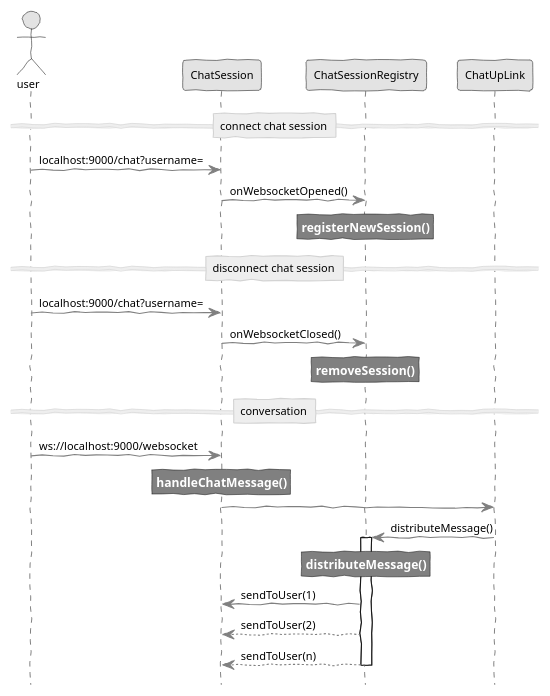
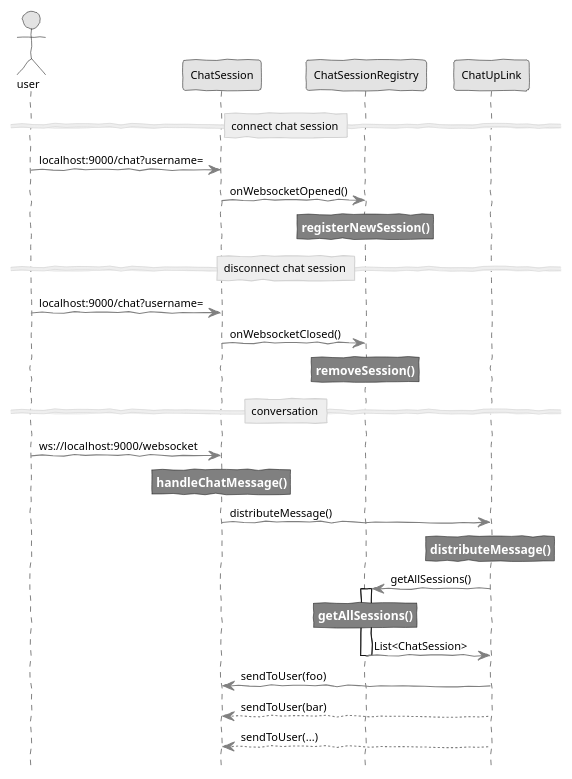
Before and after one commit to scireum/sirius-chat-sample: the diagram in diagrams/challenge-2.puml, drawn with PlantUML.

Commit message:
Corrected diagram for challenge-2

```diff
--- a/diagrams/challenge-2.puml
+++ b/diagrams/challenge-2.puml
@@ -1,44 +1,46 @@
 @startuml
 skinparam handwritten true
 skinparam monochrome true
 skinparam ArrowColor gray
 skinparam DefaultFontSize 10
 skinparam Note {
     FontName Arial
     FontStyle bold
     FontSize 11
     FontColor white
     BackGroundColor gray
 }
 skinparam Sequence {
     DividerFontStyle normal
     DividerBorderThickness 1
     DividerBorderColor lightgray
 }
 
 hide footbox
 actor user
 
 ==connect chat session==
 user -> ChatSession: localhost:9000/chat?username=
 ChatSession -> ChatSessionRegistry: onWebsocketOpened()
 rnote over ChatSessionRegistry: registerNewSession()
 
 ==disconnect chat session==
 user -> ChatSession: localhost:9000/chat?username=
 ChatSession -> ChatSessionRegistry: onWebsocketClosed()
 rnote over ChatSessionRegistry: removeSession()
 
 ==conversation==
 user -> ChatSession: ws://localhost:9000/websocket
 rnote over ChatSession: handleChatMessage()
-ChatSession -> ChatUpLink
-ChatUpLink -> ChatSessionRegistry: distributeMessage()
+ChatSession -> ChatUpLink: distributeMessage()
+rnote over ChatUpLink: distributeMessage()
+ChatUpLink -> ChatSessionRegistry: getAllSessions()
 activate ChatSessionRegistry
-rnote over ChatSessionRegistry: distributeMessage()
-ChatSession <- ChatSessionRegistry: sendToUser(1)
-ChatSession <-- ChatSessionRegistry: sendToUser(2)
-ChatSession <-- ChatSessionRegistry: sendToUser(n)
+rnote over ChatSessionRegistry: getAllSessions()
+ChatUpLink <- ChatSessionRegistry: List<ChatSession>
 deactivate ChatSessionRegistry
+ChatSession <- ChatUpLink: sendToUser(foo)
+ChatSession <-- ChatUpLink: sendToUser(bar)
+ChatSession <-- ChatUpLink: sendToUser(...)
 
 @enduml
```
